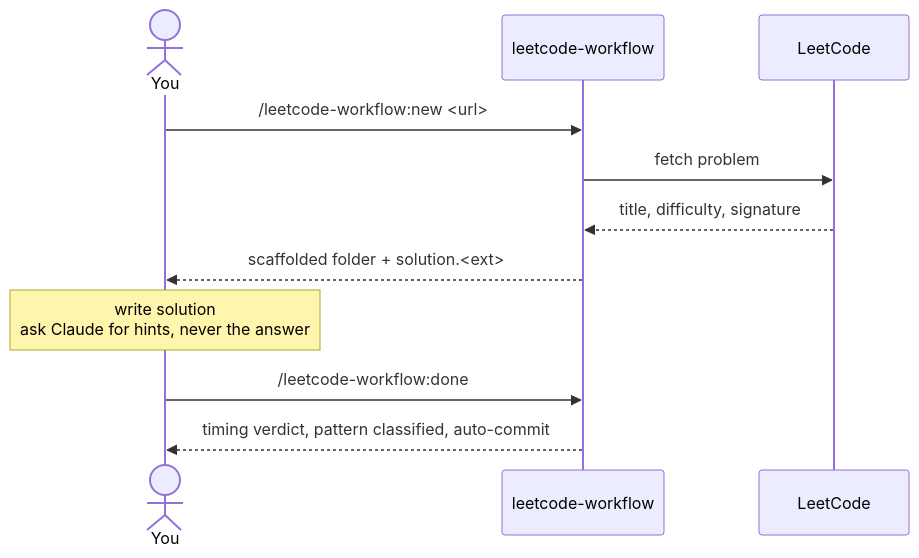
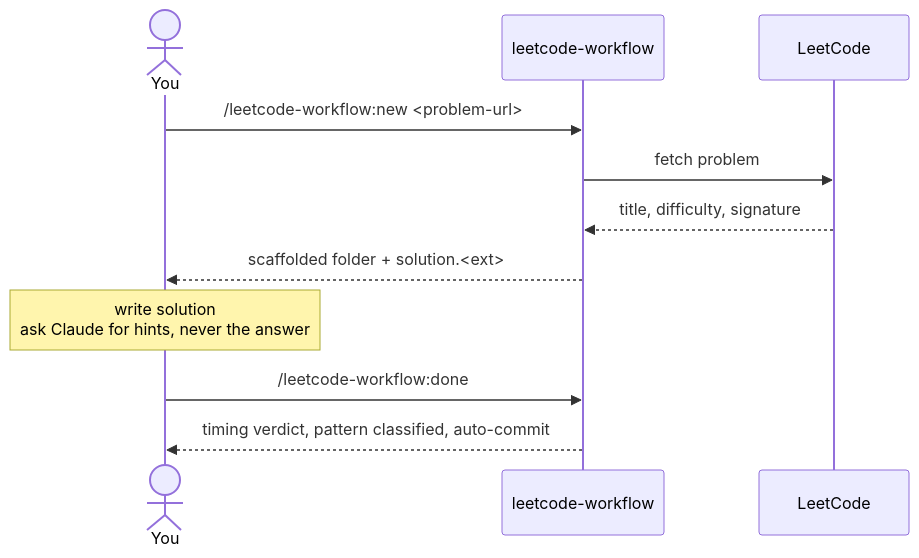
One commit to lazyexpert/leetcode-workflow changed the first of 3 diagrams in README.md. Above: the diagram before and after it, drawn with Mermaid. The commit also changed other lines of this file, not shown here.

````diff
--- a/README.md
+++ b/README.md
@@ -61,14 +63,14 @@
 ```mermaid
 sequenceDiagram
     actor You
     participant Plugin as leetcode-workflow
     participant LC as LeetCode
 
-    You->>Plugin: /leetcode-workflow:new <url>
+    You->>Plugin: /leetcode-workflow:new <problem-url>
     Plugin->>LC: fetch problem
     LC-->>Plugin: title, difficulty, signature
     Plugin-->>You: scaffolded folder + solution.<ext>
     Note over You: write solution<br/>ask Claude for hints, never the answer
     You->>Plugin: /leetcode-workflow:done
     Plugin-->>You: timing verdict, pattern classified, auto-commit
 ```
````
